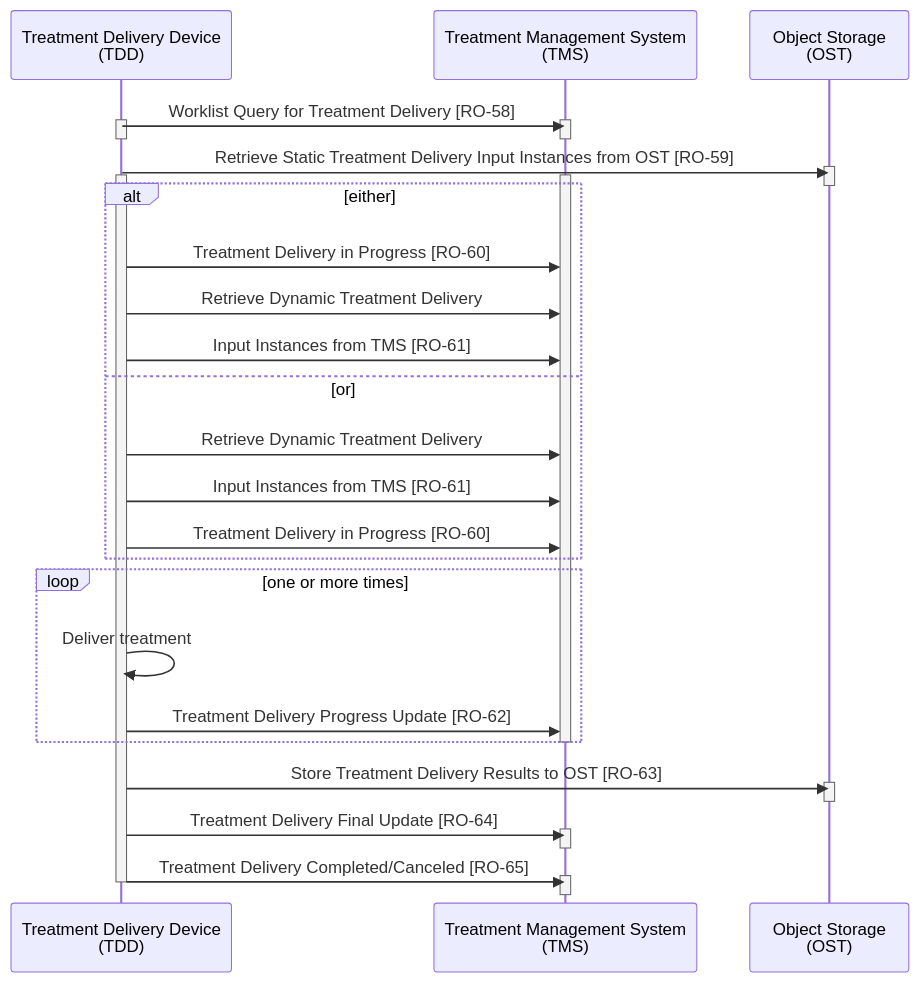
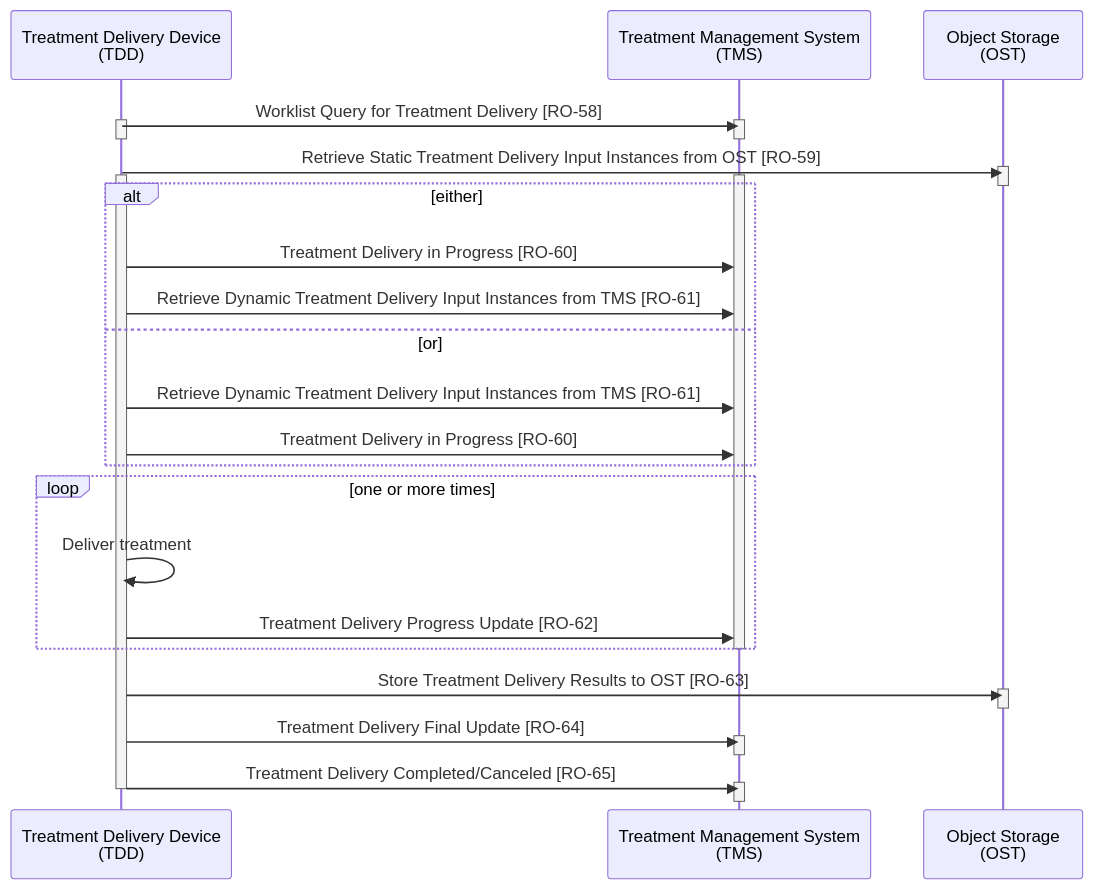
One commit to sjswerdloff/tdwii_plus_examples changed the first of 4 diagrams in README.md. Above: the diagram before and after it, drawn with Mermaid. The commit also changed other lines of this file and 1 other file, not shown here.

````diff
--- a/README.md
+++ b/README.md
@@ -18,46 +19,44 @@
 ```mermaid
 sequenceDiagram
     participant TDD as Treatment Delivery Device<br>(TDD)
     participant TMS as Treatment Management System<br>(TMS)
     participant OST as Object Storage<br>(OST)
 
     TDD->>TMS: Worklist Query for Treatment Delivery [RO-58]
     activate TDD
     deactivate TDD
 
     activate TMS
     deactivate TMS
     TDD->>OST: Retrieve Static Treatment Delivery Input Instances from OST [RO-59]
     activate OST
     deactivate OST
 
     activate TDD
     activate TMS
     alt either
         TDD->>TMS: Treatment Delivery in Progress [RO-60]
-        TDD->>TMS: Retrieve Dynamic Treatment Delivery
-        TDD->>TMS: Input Instances from TMS [RO-61]
+        TDD->>TMS: Retrieve Dynamic Treatment Delivery Input Instances from TMS [RO-61]
     else or
-        TDD->>TMS: Retrieve Dynamic Treatment Delivery
-        TDD->>TMS: Input Instances from TMS [RO-61]
+        TDD->>TMS: Retrieve Dynamic Treatment Delivery Input Instances from TMS [RO-61]
         TDD->>TMS: Treatment Delivery in Progress [RO-60]
     end
     loop one or more times
         TDD->>TDD: Deliver treatment
         TDD->>TMS: Treatment Delivery Progress Update [RO-62]
     end
     deactivate TMS
 
     TDD->>OST: Store Treatment Delivery Results to OST [RO-63]
     activate OST
     deactivate OST
 
     TDD->>TMS: Treatment Delivery Final Update [RO-64]
     activate TMS
     deactivate TMS
 
     TDD->>TMS: Treatment Delivery Completed/Canceled [RO-65]
     activate TMS
     deactivate TMS
     deactivate TDD
 ```
````
